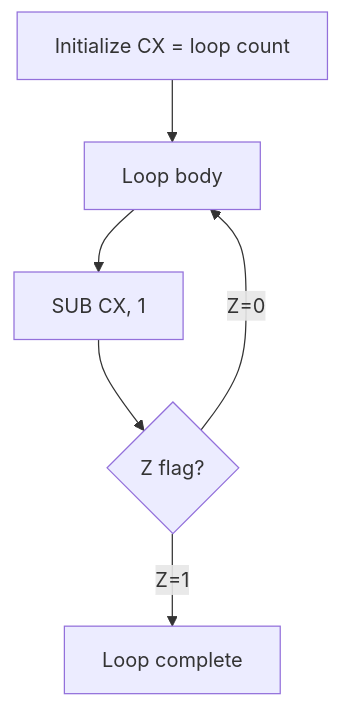
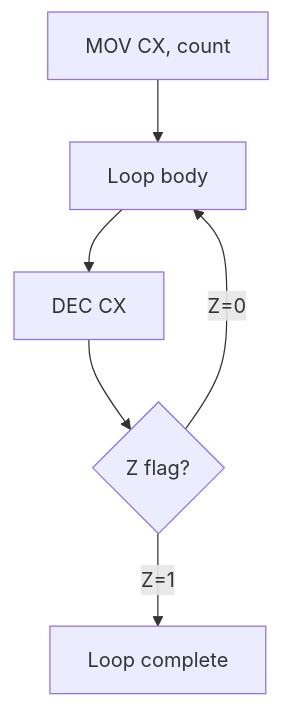
The fifth of 9 diagrams in docs/en/isa/instruction-set.md (MinecAnton209/NovumOS-16bit), drawn with Mermaid before and after one commit. The commit also changed other lines of this file and 20 other files, not shown here.

````diff
--- a/docs/en/isa/instruction-set.md
+++ b/docs/en/isa/instruction-set.md
@@ -496,8 +637,8 @@
 ```mermaid
 flowchart TD
-    A[Initialize CX = loop count] --> B[Loop body]
-    B --> C[SUB CX, 1]
+    A[MOV CX, count] --> B[Loop body]
+    B --> C[DEC CX]
     C --> D{Z flag?}
     D -- Z=0 --> B
     D -- Z=1 --> E[Loop complete]
 ```
````
